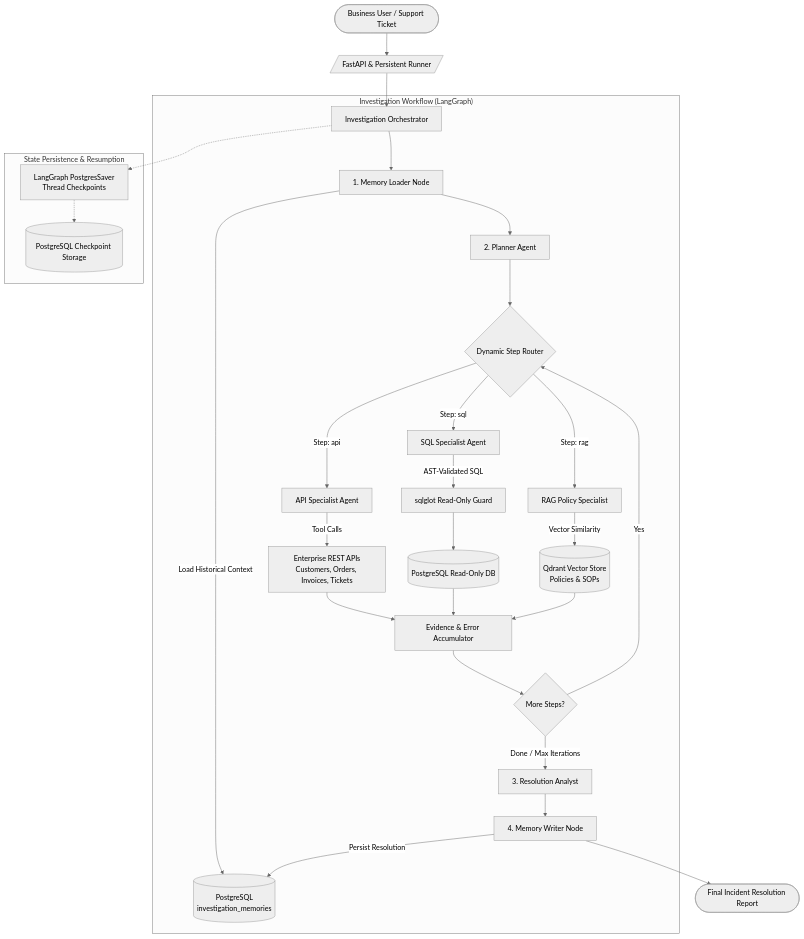
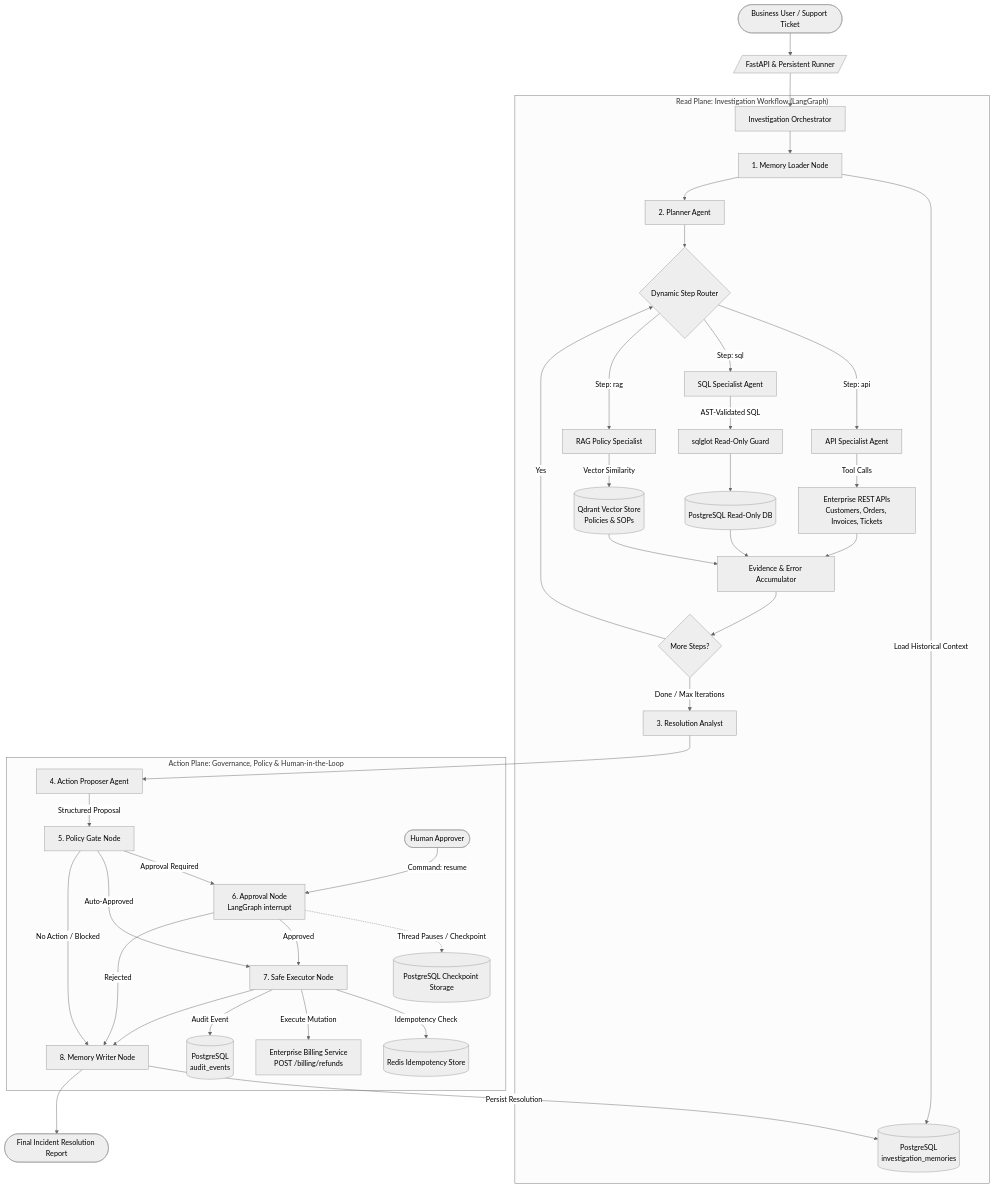
The diagram in README.md (zainexperience2005/Enterprise-Operations-AI-Platform), drawn with Mermaid (neutral theme) before and after one commit. The commit also changed other lines of this file and 13 other files, not shown here.

Commit message:
feat(actions): implement Step 12 controlled actions, policy gate, human approval interrupt, and safe executor

````diff
--- a/README.md
+++ b/README.md
@@ -18,40 +18,53 @@
 ```mermaid
 graph TD
     User([Business User / Support Ticket]) --> Runner[/FastAPI & Persistent Runner/]
     Runner --> Orchestrator[Investigation Orchestrator]
 
-    subgraph "Investigation Workflow (LangGraph)"
+    subgraph "Read Plane: Investigation Workflow (LangGraph)"
         Orchestrator --> MemLoader[1. Memory Loader Node]
         MemLoader -->|Load Historical Context| DBMem[(PostgreSQL<br/>investigation_memories)]
         MemLoader --> Planner[2. Planner Agent]
 
         Planner --> RouteCheck{Dynamic Step Router}
 
         RouteCheck -->|Step: api| APISpecialist[API Specialist Agent]
         RouteCheck -->|Step: sql| SQLSpecialist[SQL Specialist Agent]
         RouteCheck -->|Step: rag| RAGSpecialist[RAG Policy Specialist]
 
         APISpecialist -->|Tool Calls| EnterpriseAPI[Enterprise REST APIs<br/>Customers, Orders, Invoices, Tickets]
         SQLSpecialist -->|AST-Validated SQL| SQLGuard[sqlglot Read-Only Guard]
         SQLGuard --> ReadOnlyDB[(PostgreSQL Read-Only DB)]
         RAGSpecialist -->|Vector Similarity| QdrantDB[(Qdrant Vector Store<br/>Policies & SOPs)]
 
         EnterpriseAPI --> Accumulator[Evidence & Error Accumulator]
         ReadOnlyDB --> Accumulator
         QdrantDB --> Accumulator
 
         Accumulator --> MoreSteps{More Steps?}
         MoreSteps -->|Yes| RouteCheck
         MoreSteps -->|Done / Max Iterations| Resolution[3. Resolution Analyst]
-
-        Resolution --> MemWriter[4. Memory Writer Node]
-        MemWriter -->|Persist Resolution| DBMem
     end
 
-    subgraph "State Persistence & Resumption"
-        Orchestrator -.-> Checkpointer[LangGraph PostgresSaver<br/>Thread Checkpoints]
-        Checkpointer -.-> CheckpointDB[(PostgreSQL Checkpoint Storage)]
+    subgraph "Action Plane: Governance, Policy & Human-in-the-Loop"
+        Resolution --> ActionProposer[4. Action Proposer Agent]
+        ActionProposer -->|Structured Proposal| PolicyGate[5. Policy Gate Node]
+        
+        PolicyGate -->|Approval Required| ApprovalNode[6. Approval Node<br/>LangGraph interrupt]
+        PolicyGate -->|Auto-Approved| ExecutorNode[7. Safe Executor Node]
+        PolicyGate -->|No Action / Blocked| MemWriter[8. Memory Writer Node]
+
+        ApprovalNode -.->|Thread Pauses / Checkpoint| CheckpointDB[(PostgreSQL Checkpoint Storage)]
+        HumanReviewer([Human Approver]) -->|Command: resume| ApprovalNode
+        
+        ApprovalNode -->|Approved| ExecutorNode
+        ApprovalNode -->|Rejected| MemWriter
+
+        ExecutorNode -->|Idempotency Check| RedisCache[(Redis Idempotency Store)]
+        ExecutorNode -->|Execute Mutation| BillingAPI[Enterprise Billing Service<br/>POST /billing/refunds]
+        ExecutorNode -->|Audit Event| AuditLog[(PostgreSQL<br/>audit_events)]
+        ExecutorNode --> MemWriter
     end
 
+    MemWriter -->|Persist Resolution| DBMem
     MemWriter --> Output([Final Incident Resolution Report])
 ```
````
